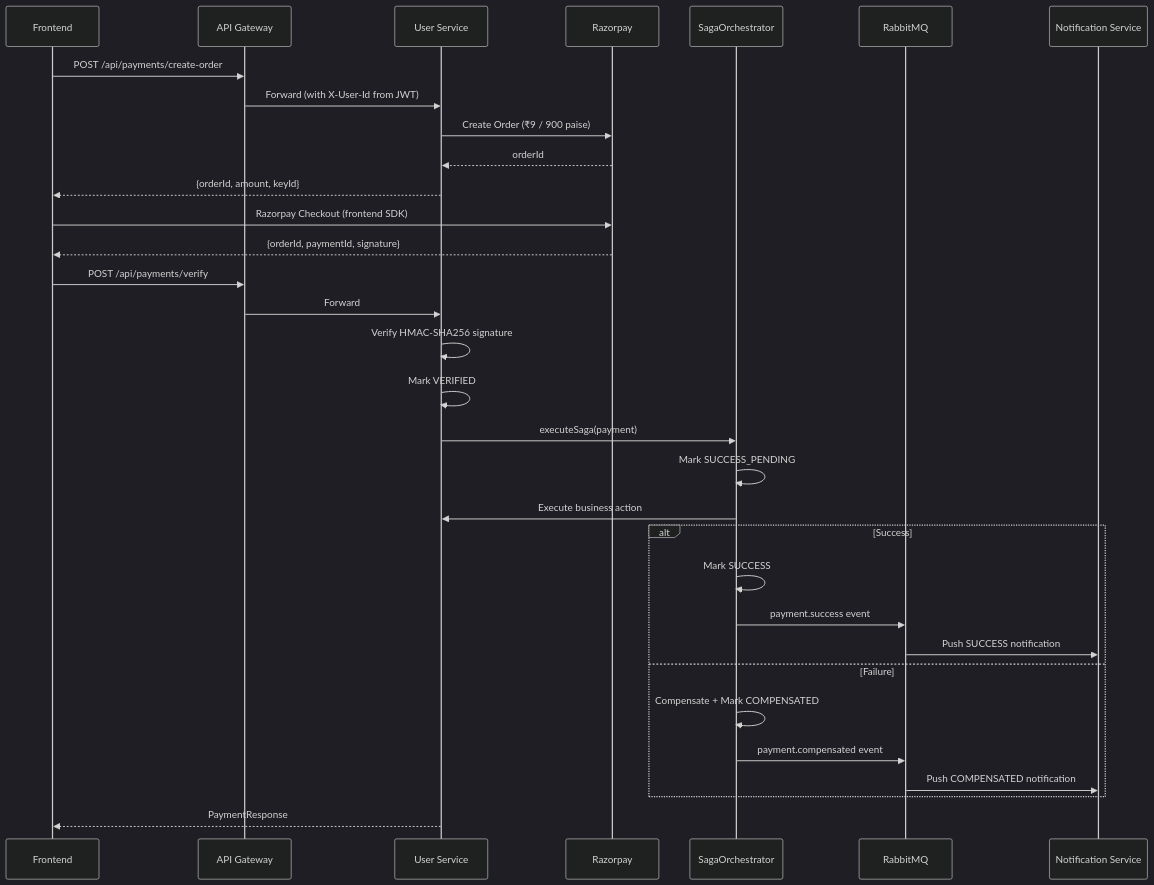
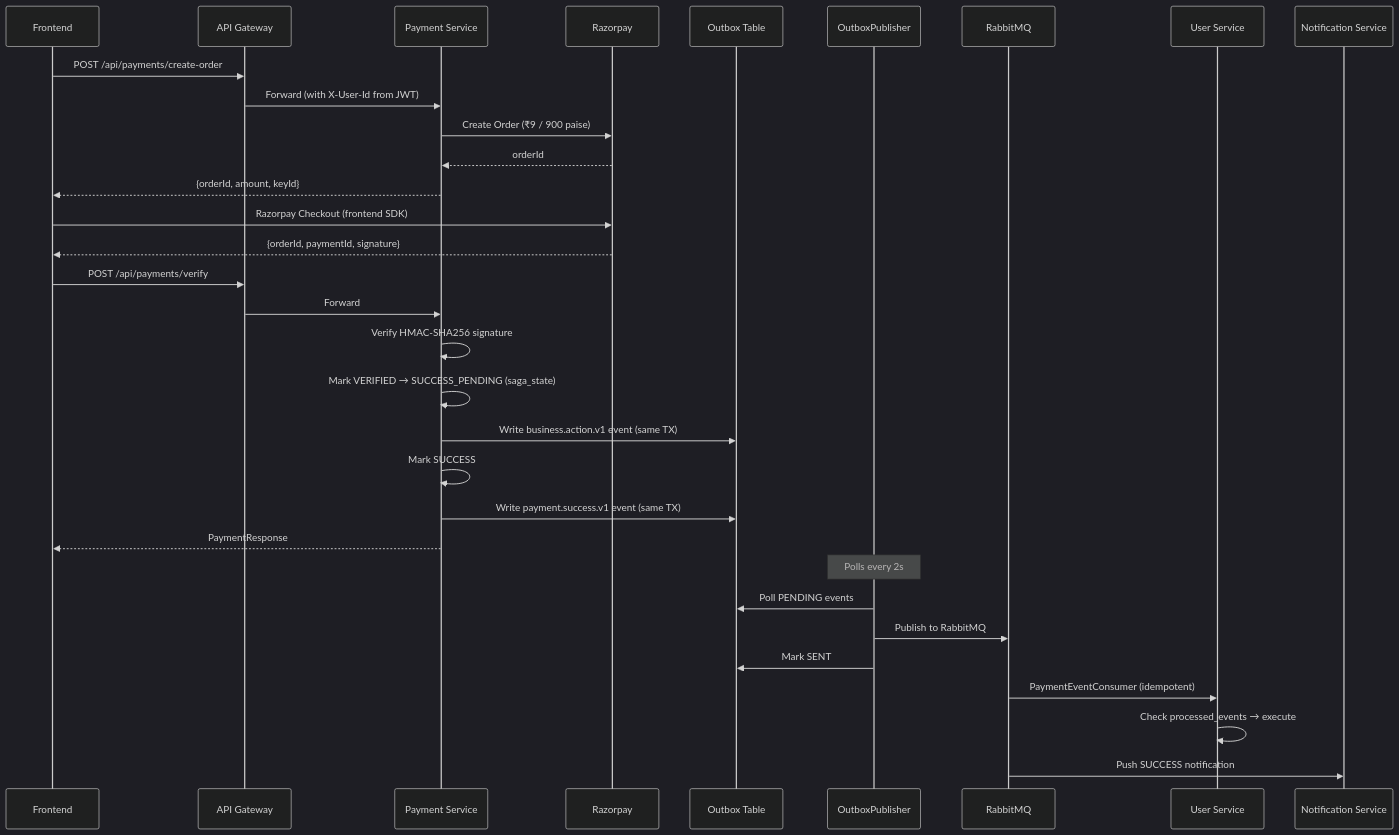
The first of 2 diagrams in docs/payment_implementation.md (Anjan-Kumar-Sahoo/SkillSync), drawn with Mermaid (dark theme) before and after one commit. The commit also changed other lines of this file and 430 other files, not shown here.

````diff
--- a/docs/payment_implementation.md
+++ b/docs/payment_implementation.md
@@ -92,37 +147,39 @@
 ```mermaid
 sequenceDiagram
     participant FE as Frontend
     participant GW as API Gateway
+    participant PS as Payment Service
+    participant RZ as Razorpay
+    participant OB as Outbox Table
+    participant SCHED as OutboxPublisher
+    participant MQ as RabbitMQ
     participant US as User Service
-    participant RZ as Razorpay
-    participant SO as SagaOrchestrator
-    participant MQ as RabbitMQ
     participant NS as Notification Service
 
     FE->>GW: POST /api/payments/create-order
-    GW->>US: Forward (with X-User-Id from JWT)
-    US->>RZ: Create Order (₹9 / 900 paise)
-    RZ-->>US: orderId
-    US-->>FE: {orderId, amount, keyId}
+    GW->>PS: Forward (with X-User-Id from JWT)
+    PS->>RZ: Create Order (₹9 / 900 paise)
+    RZ-->>PS: orderId
+    PS-->>FE: {orderId, amount, keyId}
 
     FE->>RZ: Razorpay Checkout (frontend SDK)
     RZ-->>FE: {orderId, paymentId, signature}
 
     FE->>GW: POST /api/payments/verify
-    GW->>US: Forward
-    US->>US: Verify HMAC-SHA256 signature
-    US->>US: Mark VERIFIED
-    US->>SO: executeSaga(payment)
-    SO->>SO: Mark SUCCESS_PENDING
-    SO->>US: Execute business action
-    alt Success
-        SO->>SO: Mark SUCCESS
-        SO->>MQ: payment.success event
-        MQ->>NS: Push SUCCESS notification
-    else Failure
-        SO->>SO: Compensate + Mark COMPENSATED
-        SO->>MQ: payment.compensated event
-        MQ->>NS: Push COMPENSATED notification
-    end
-    US-->>FE: PaymentResponse
+    GW->>PS: Forward
+    PS->>PS: Verify HMAC-SHA256 signature
+    PS->>PS: Mark VERIFIED → SUCCESS_PENDING (saga_state)
+    PS->>OB: Write business.action.v1 event (same TX)
+    PS->>PS: Mark SUCCESS
+    PS->>OB: Write payment.success.v1 event (same TX)
+    PS-->>FE: PaymentResponse
+
+    Note over SCHED: Polls every 2s
+    SCHED->>OB: Poll PENDING events
+    SCHED->>MQ: Publish to RabbitMQ
+    SCHED->>OB: Mark SENT
+
+    MQ->>US: PaymentEventConsumer (idempotent)
+    US->>US: Check processed_events → execute
+    MQ->>NS: Push SUCCESS notification
 ```
````
